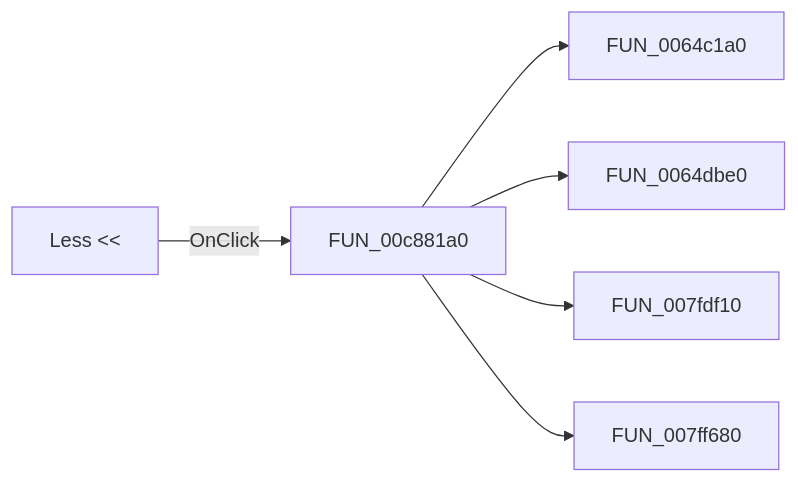
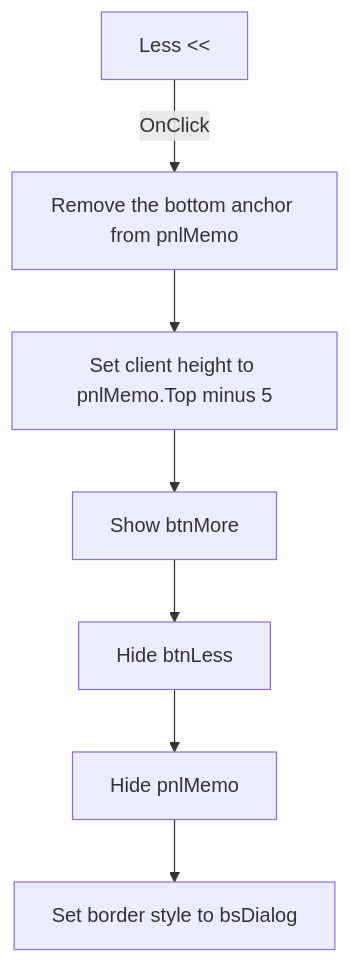
Before and after one commit to MovGP0/TIARA: the diagram in docs/ui-controls/frmmatrixerror/btnless-b9cb3eb1eb.md, drawn with Mermaid. The commit also changed other lines of this file and 387 other files, not shown here.

````diff
--- a/docs/ui-controls/frmmatrixerror/btnless-b9cb3eb1eb.md
+++ b/docs/ui-controls/frmmatrixerror/btnless-b9cb3eb1eb.md
@@ -27,8 +41,9 @@
 ```mermaid
-flowchart LR
-    control["Less <<"] -->|OnClick| handler["FUN_00c881a0"]
-    handler --> call1["FUN_0064c1a0"]
-    handler --> call2["FUN_0064dbe0"]
-    handler --> call3["FUN_007fdf10"]
-    handler --> call4["FUN_007ff680"]
+flowchart TD
+    control["Less <<"] -->|OnClick| anchors["Remove the bottom anchor from pnlMemo"]
+    anchors --> shrink["Set client height to pnlMemo.Top minus 5"]
+    shrink --> more["Show btnMore"]
+    more --> less["Hide btnLess"]
+    less --> panel["Hide pnlMemo"]
+    panel --> border["Set border style to bsDialog"]
 ```
````
